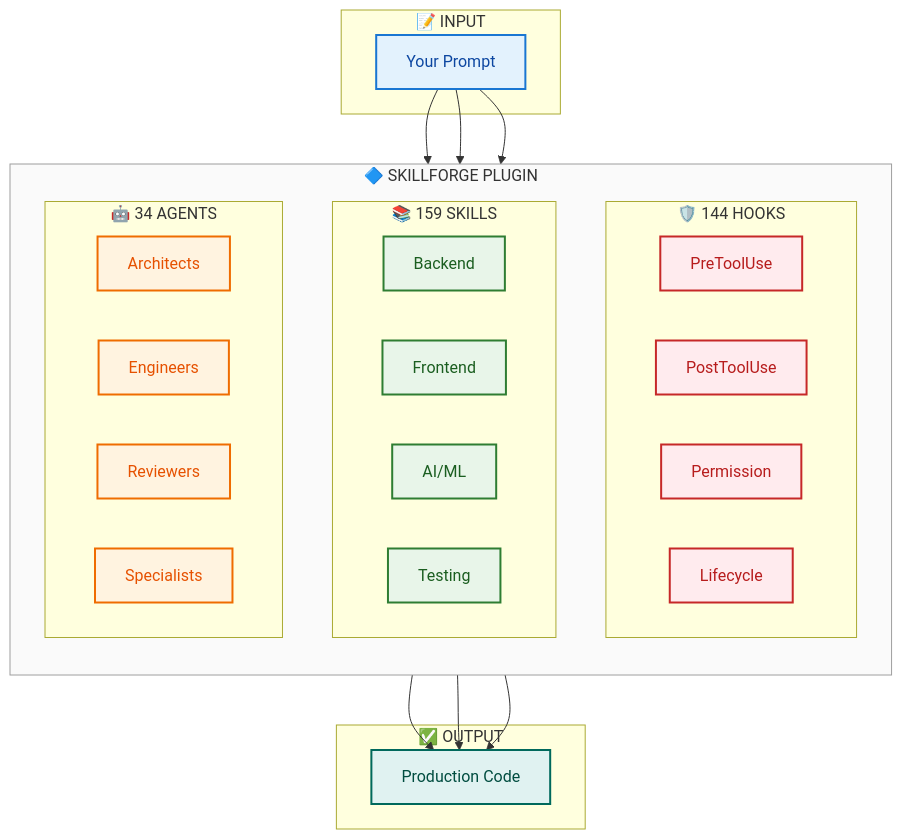
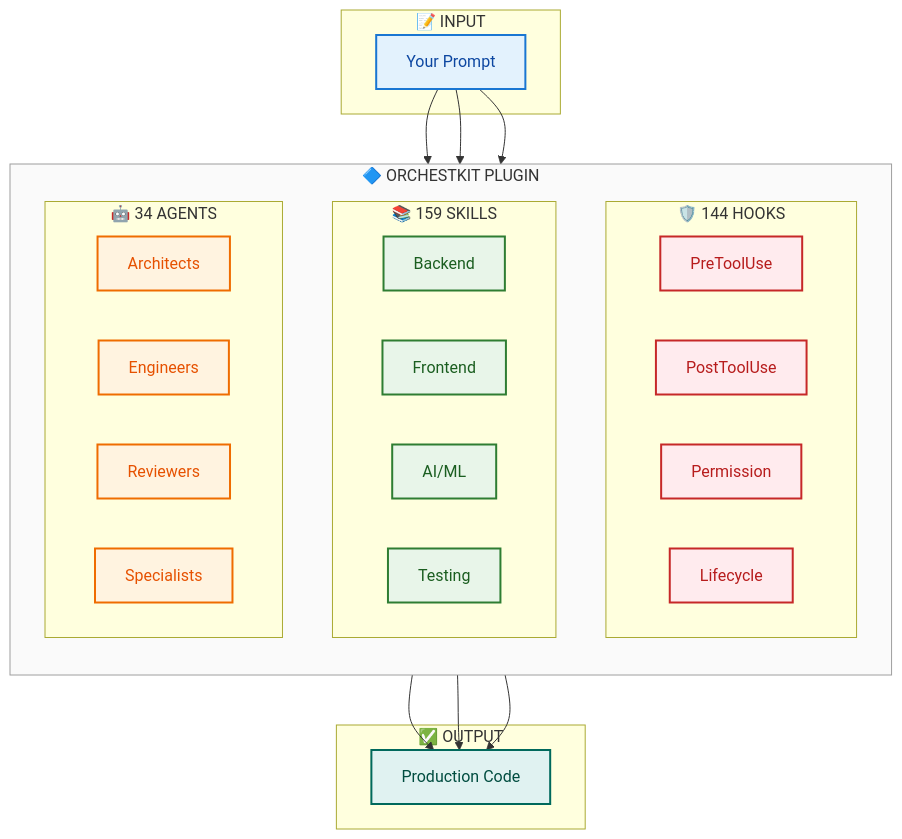
One commit to yonatangross/skillforge-claude-plugin changed the second of 2 diagrams in README.md. Above: the diagram before and after it, drawn with Mermaid. The commit also changed other lines of this file and 1206 other files, not shown here.

````diff
--- a/README.md
+++ b/README.md
@@ -368,59 +401,59 @@
 ```mermaid
 flowchart TB
     subgraph Input["📝 INPUT"]
         P["Your Prompt"]
     end
 
-    subgraph OrchestKit["🔷 SKILLFORGE PLUGIN"]
+    subgraph OrchestKit["🔷 ORCHESTKIT PLUGIN"]
         direction TB
 
         subgraph Hooks["🛡️ 144 HOOKS"]
             direction LR
             H1["PreToolUse"]
             H2["PostToolUse"]
             H3["Permission"]
             H4["Lifecycle"]
         end
 
         subgraph Skills["📚 159 SKILLS"]
             direction LR
             S1["Backend"]
             S2["Frontend"]
             S3["AI/ML"]
             S4["Testing"]
         end
 
         subgraph Agents["🤖 34 AGENTS"]
             direction LR
             A1["Architects"]
             A2["Engineers"]
             A3["Reviewers"]
             A4["Specialists"]
         end
     end
 
     subgraph Output["✅ OUTPUT"]
         C["Production Code"]
     end
 
     P --> Hooks
     P --> Skills
     P --> Agents
     Hooks --> C
     Skills --> C
     Agents --> C
 
     classDef input fill:#e3f2fd,stroke:#1976d2,stroke-width:2px,color:#0d47a1
     classDef hooks fill:#ffebee,stroke:#c62828,stroke-width:2px,color:#b71c1c
     classDef skills fill:#e8f5e9,stroke:#2e7d32,stroke-width:2px,color:#1b5e20
     classDef agents fill:#fff3e0,stroke:#ef6c00,stroke-width:2px,color:#e65100
     classDef output fill:#e0f2f1,stroke:#00695c,stroke-width:2px,color:#004d40
     classDef container fill:#fafafa,stroke:#9e9e9e,stroke-width:1px
 
     class P input
     class H1,H2,H3,H4 hooks
     class S1,S2,S3,S4 skills
     class A1,A2,A3,A4 agents
     class C output
     class OrchestKit container
 ```
````
